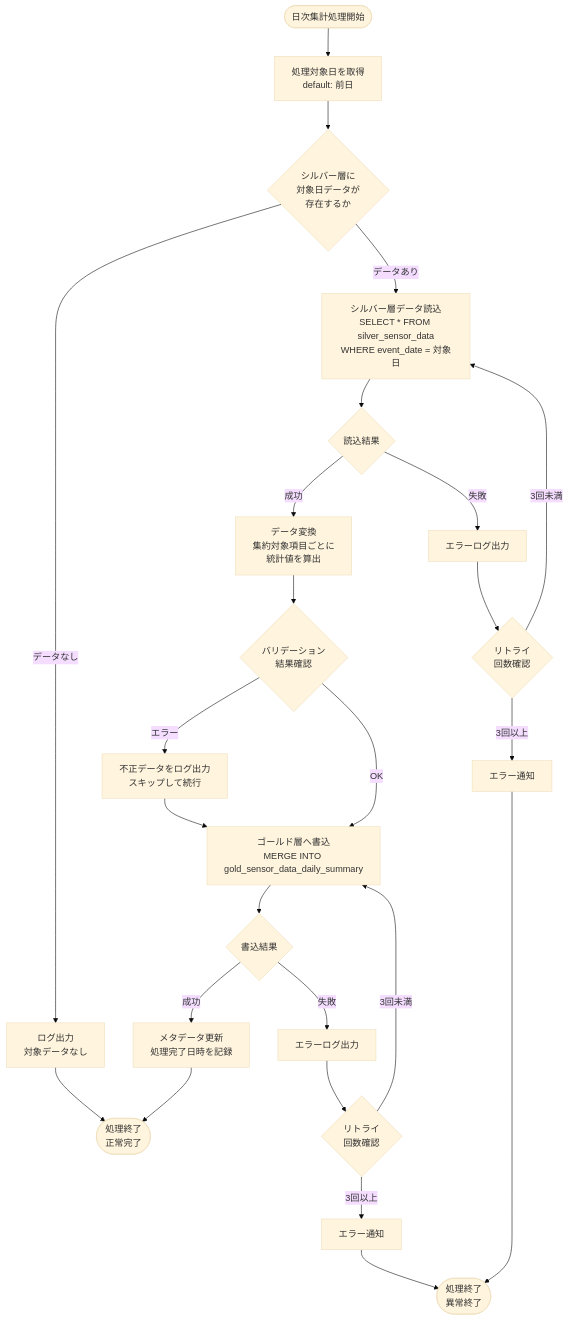
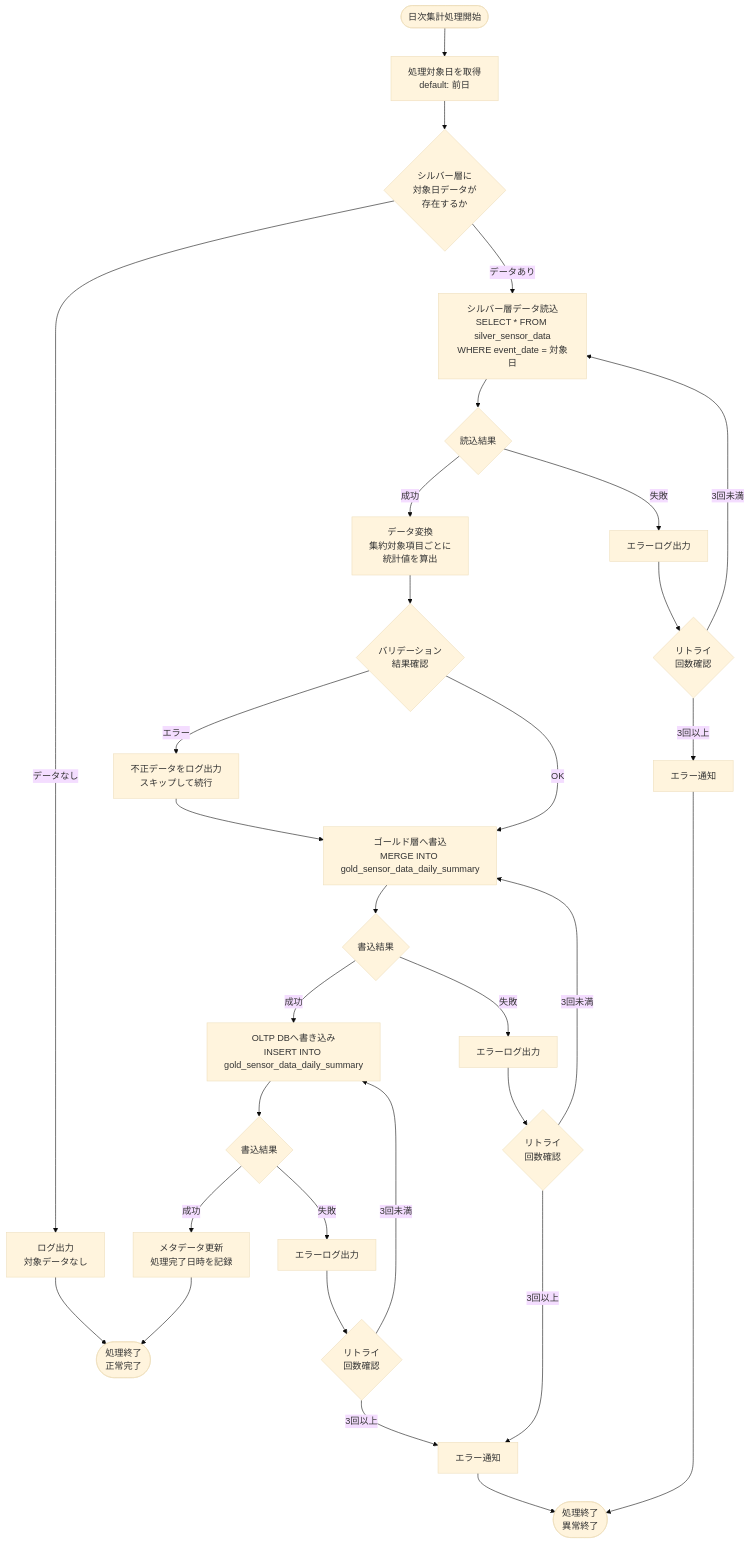
Before and after one commit to NSW-SVCP-AIWG002/Databricks-IoT: the second of 6 diagrams in docs/03-features/ldp-pipeline/gold_layer/ldp-pipeline-specification.md, drawn with Mermaid (base theme). The commit also changed other lines of this file and 4 other files, not shown here.

````diff
--- a/docs/03-features/ldp-pipeline/gold_layer/ldp-pipeline-specification.md
+++ b/docs/03-features/ldp-pipeline/gold_layer/ldp-pipeline-specification.md
@@ -217,33 +230,40 @@
 ```mermaid
 flowchart TD
     Start([日次集計処理開始]) --> GetDate[処理対象日を取得<br>default: 前日]
     GetDate --> CheckSource{シルバー層に<br>対象日データが<br>存在するか}
 
     CheckSource -->|データなし| LogNoData[ログ出力<br>対象データなし]
     LogNoData --> EndSuccess([処理終了<br>正常完了])
     CheckSource -->|データあり| ReadSilver[シルバー層データ読込<br>SELECT * FROM silver_sensor_data<br>WHERE event_date = 対象日]
     ReadSilver --> CheckRead{読込結果}
 
     CheckRead -->|成功| Transform[データ変換<br>集約対象項目ごとに<br>統計値を算出]
     CheckRead -->|失敗| ErrorRead[エラーログ出力]
     ErrorRead --> RetryRead{リトライ<br>回数確認}
     RetryRead -->|3回未満| ReadSilver
     RetryRead -->|3回以上| AlertRead[エラー通知]
     AlertRead --> EndError([処理終了<br>異常終了])
 
     Transform --> Validate{バリデーション<br>結果確認}
     Validate -->|エラー| ErrorValidate[不正データをログ出力<br>スキップして続行]
     ErrorValidate --> WriteGold
 
     Validate -->|OK| WriteGold[ゴールド層へ書込<br>MERGE INTO gold_sensor_data_daily_summary]
     WriteGold --> CheckWrite{書込結果}
 
-    CheckWrite -->|成功| UpdateMeta[メタデータ更新<br>処理完了日時を記録]
+    CheckWrite -->|成功| WriteOLTP[OLTP DBへ書き込み<br>INSERT INTO gold_sensor_data_daily_summary]
+    WriteOLTP --> CheckWrite1{書込結果}
+    CheckWrite1 --> |成功| UpdateMeta[メタデータ更新<br>処理完了日時を記録]
     UpdateMeta --> EndSuccess
+
+    CheckWrite1 --> |失敗| ErrorWrite1[エラーログ出力]
+    ErrorWrite1 --> RetryWrite1{リトライ<br>回数確認}
+    RetryWrite1 -->|3回未満| WriteOLTP
+    RetryWrite1 -->|3回以上| AlertWrite[エラー通知]
 
     CheckWrite -->|失敗| ErrorWrite[エラーログ出力]
     ErrorWrite --> RetryWrite{リトライ<br>回数確認}
     RetryWrite -->|3回未満| WriteGold
     RetryWrite -->|3回以上| AlertWrite[エラー通知]
     AlertWrite --> EndError
 ```
````
